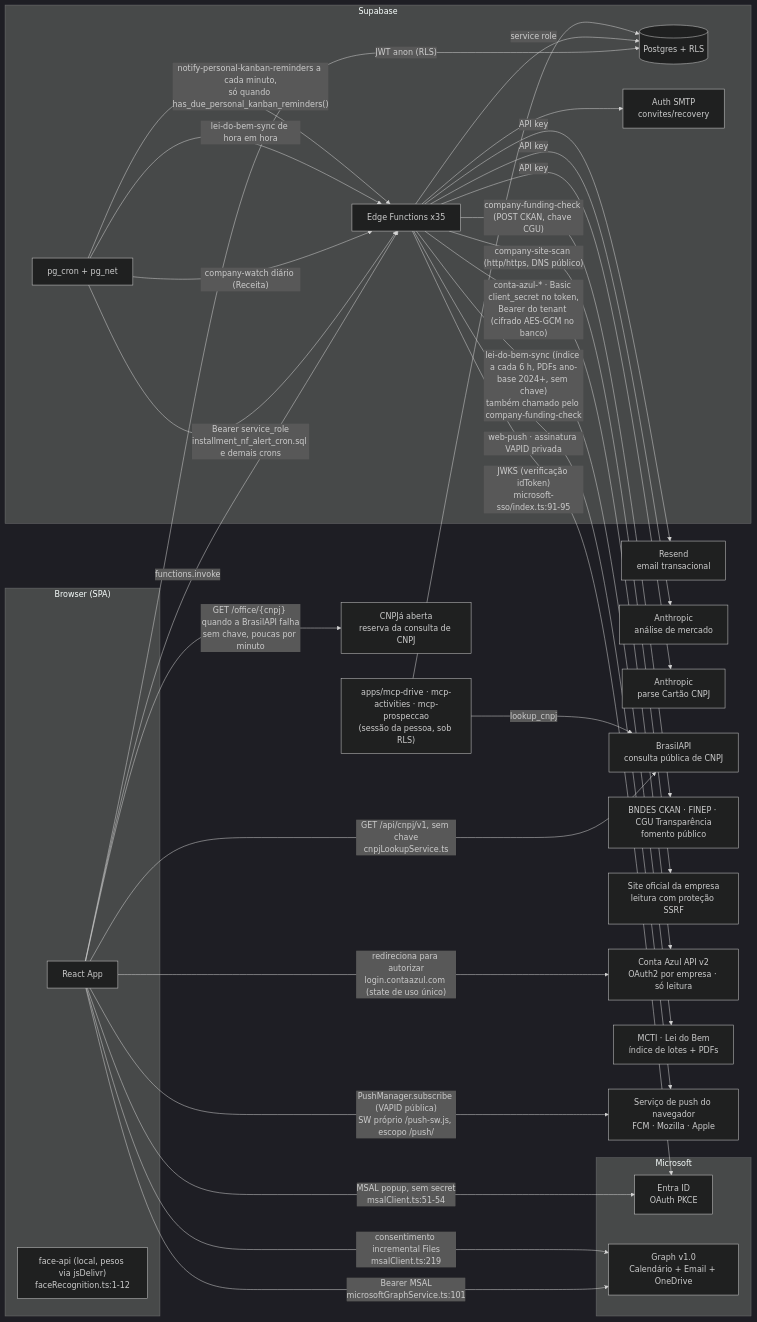
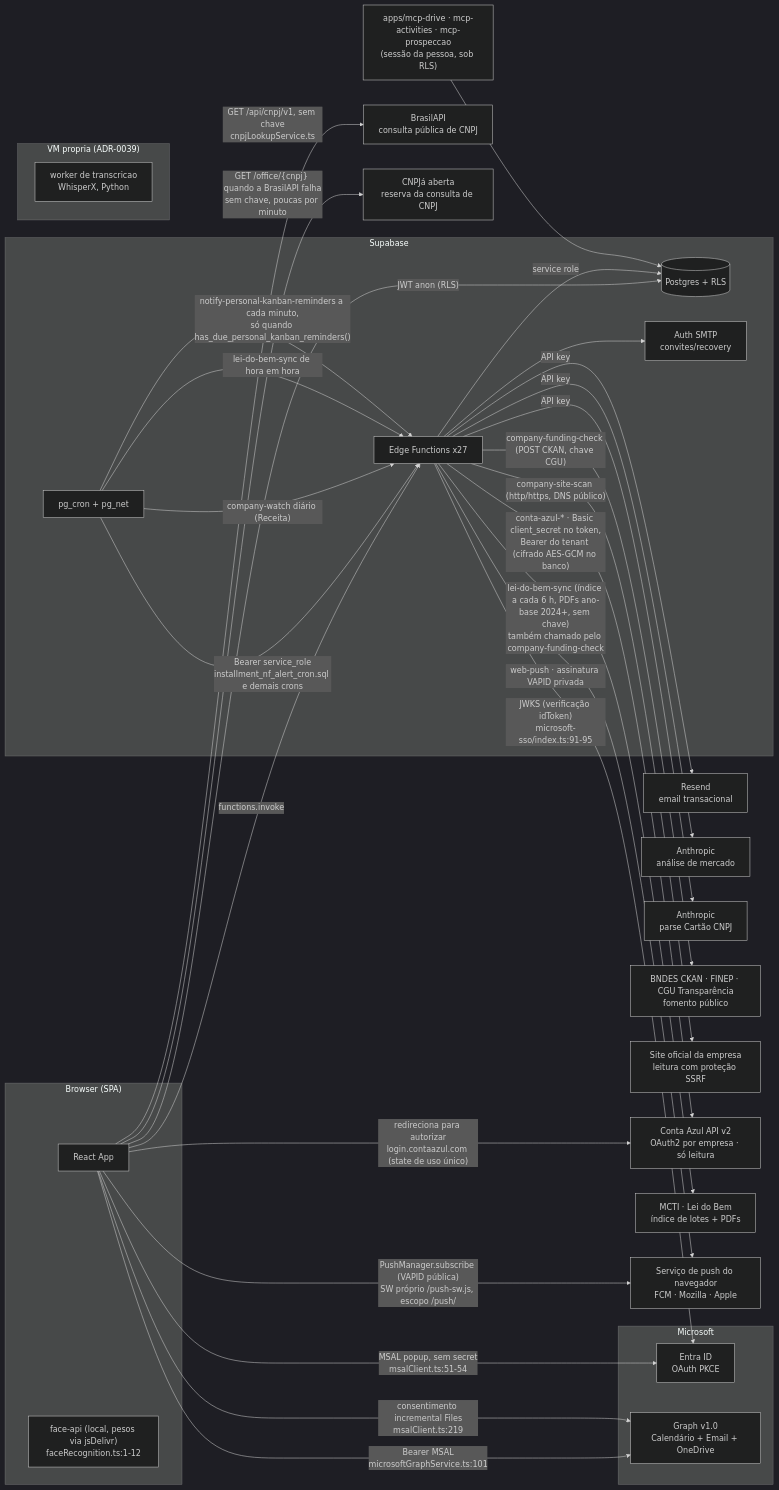
One commit to Origami-Lab-Organization/og-pulse changed the diagram in .harness/docs/architecture/integrations.md. Above: the diagram before and after it, drawn with Mermaid (dark theme). The commit also changed other lines of this file and 11 other files, not shown here.

````diff
--- a/.harness/docs/architecture/integrations.md
+++ b/.harness/docs/architecture/integrations.md
@@ -48,57 +37,60 @@
 ```mermaid
 flowchart LR
     subgraph Browser["Browser (SPA)"]
         SPA[React App]
         FACE["face-api (local, pesos via jsDelivr)<br/>faceRecognition.ts:1-12"]
     end
 
     subgraph Supabase
         REST[(Postgres + RLS)]
-        EF[Edge Functions x35]
+        EF[Edge Functions x27]
         CRON[pg_cron + pg_net]
         SMTP[Auth SMTP<br/>convites/recovery]
     end
 
     subgraph Microsoft
         ENTRA[Entra ID<br/>OAuth PKCE]
         GRAPH[Graph v1.0<br/>Calendário + Email + OneDrive]
+    end
+
+    subgraph VM["VM propria (ADR-0039)"]
+        WRK["worker de transcricao<br/>WhisperX, Python"]
     end
 
     EXT1[Resend<br/>email transacional]
     EXT2[Anthropic<br/>análise de mercado]
     EXT3[Anthropic<br/>parse Cartão CNPJ]
     EXT4[BrasilAPI<br/>consulta pública de CNPJ]
     EXT9[CNPJá aberta<br/>reserva da consulta de CNPJ]
     EXT5[BNDES CKAN · FINEP · CGU Transparência<br/>fomento público]
     EXT6[Site oficial da empresa<br/>leitura com proteção SSRF]
     EXT7[Conta Azul API v2<br/>OAuth2 por empresa · só leitura]
     EXT8[MCTI · Lei do Bem<br/>índice de lotes + PDFs]
     EXT10[Serviço de push do navegador<br/>FCM · Mozilla · Apple]
 
     SPA -->|"JWT anon (RLS)"| REST
     SPA -->|functions.invoke| EF
     SPA -->|"MSAL popup, sem secret<br/>msalClient.ts:51-54"| ENTRA
     SPA -->|"Bearer MSAL<br/>microsoftGraphService.ts:101"| GRAPH
     SPA -->|"consentimento incremental Files<br/>msalClient.ts:219"| GRAPH
     CRON -->|"Bearer service_role<br/>installment_nf_alert_cron.sql e demais crons"| EF
     EF -->|service role| REST
     EF -->|"JWKS (verificação idToken)<br/>microsoft-sso/index.ts:91-95"| ENTRA
     EF -->|API key| EXT1
     EF -->|API key| EXT2
     EF -->|API key| EXT3
     EF --> SMTP
     EF -->|"company-funding-check (POST CKAN, chave CGU)"| EXT5
     EF -->|"company-site-scan (http/https, DNS público)"| EXT6
     SPA -->|"redireciona para autorizar<br/>login.contaazul.com (state de uso único)"| EXT7
     EF -->|"conta-azul-* · Basic client_secret no token,<br/>Bearer do tenant (cifrado AES-GCM no banco)"| EXT7
     CRON -->|"company-watch diário (Receita)"| EF
     CRON -->|"lei-do-bem-sync de hora em hora"| EF
     CRON -->|"notify-personal-kanban-reminders a cada minuto,<br/>só quando has_due_personal_kanban_reminders()"| EF
     SPA -->|"PushManager.subscribe (VAPID pública)<br/>SW próprio /push-sw.js, escopo /push/"| EXT10
     EF -->|"web-push · assinatura VAPID privada"| EXT10
     EF -->|"lei-do-bem-sync (índice a cada 6 h, PDFs ano-base 2024+, sem chave)<br/>também chamado pelo company-funding-check"| EXT8
     SPA -->|"GET /api/cnpj/v1, sem chave<br/>cnpjLookupService.ts"| EXT4
     SPA -->|"GET /office/{cnpj} quando a BrasilAPI falha<br/>sem chave, poucas por minuto"| EXT9
     MCP["apps/mcp-drive · mcp-activities · mcp-prospeccao<br/>(sessão da pessoa, sob RLS)"] --> REST
-    MCP -->|"lookup_cnpj"| EXT4
 ```
````
